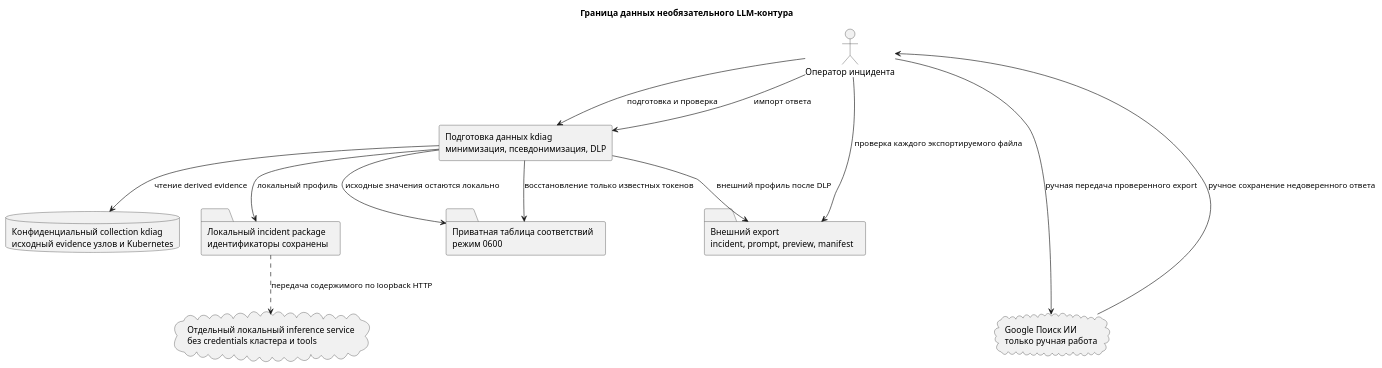
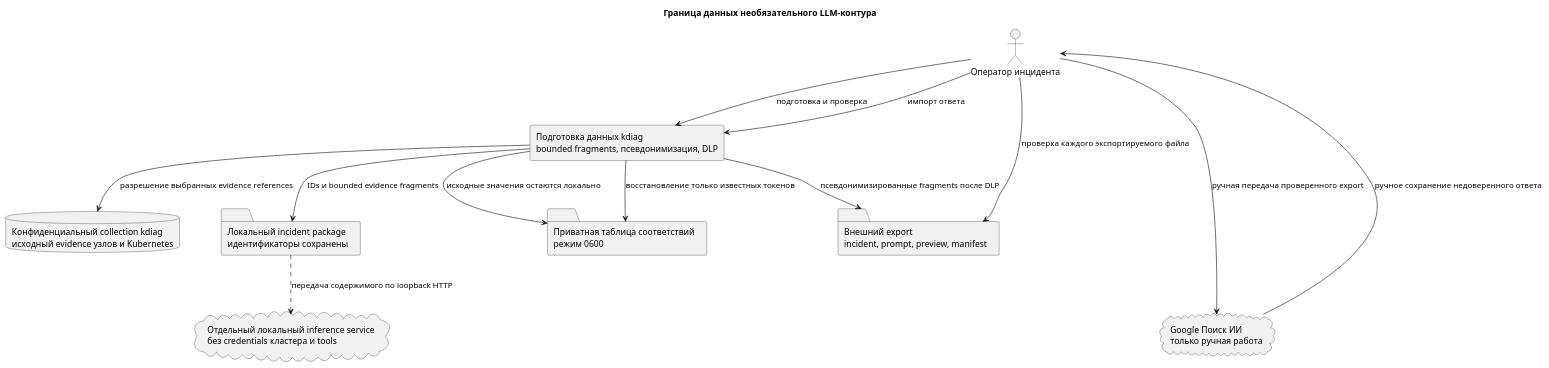
One commit to dtarasov7/k8s-check changed the diagram in diagramms/llm-data-boundary-ru.puml. Above: the diagram before and after it, drawn with PlantUML. The commit also changed 27 other files, not shown here.

```diff
--- a/diagramms/llm-data-boundary-ru.puml
+++ b/diagramms/llm-data-boundary-ru.puml
@@ -1,32 +1,32 @@
 @startuml
 title Граница данных необязательного LLM-контура
 
 skinparam componentStyle rectangle
 skinparam shadowing false
 
 actor "Оператор инцидента" as Operator
 database "Конфиденциальный collection kdiag\nисходный evidence узлов и Kubernetes" as Collection
-component "Подготовка данных kdiag\nминимизация, псевдонимизация, DLP" as Kdiag
+component "Подготовка данных kdiag\nbounded fragments, псевдонимизация, DLP" as Kdiag
 folder "Локальный incident package\nидентификаторы сохранены" as LocalPackage
 folder "Внешний export\nincident, prompt, preview, manifest" as ExternalExport
 folder "Приватная таблица соответствий\nрежим 0600" as TokenMap
 cloud "Отдельный локальный inference service\nбез credentials кластера и tools" as LocalLLM
 cloud "Google Поиск ИИ\nтолько ручная работа" as Google
 
 Operator --> Kdiag : подготовка и проверка
-Kdiag --> Collection : чтение derived evidence
-Kdiag --> LocalPackage : локальный профиль
+Kdiag --> Collection : разрешение выбранных evidence references
+Kdiag --> LocalPackage : IDs и bounded evidence fragments
 LocalPackage ..> LocalLLM : передача содержимого по loopback HTTP
-Kdiag --> ExternalExport : внешний профиль после DLP
+Kdiag --> ExternalExport : псевдонимизированные fragments после DLP
 Kdiag --> TokenMap : исходные значения остаются локально
 Operator --> ExternalExport : проверка каждого экспортируемого файла
 Operator --> Google : ручная передача проверенного export
 Google --> Operator : ручное сохранение недоверенного ответа
 Operator --> Kdiag : импорт ответа
 Kdiag --> TokenMap : восстановление только известных токенов
 
 TokenMap -[hidden]-> Google
 note on link
   Передача запрещена
 end note
 @enduml
```
